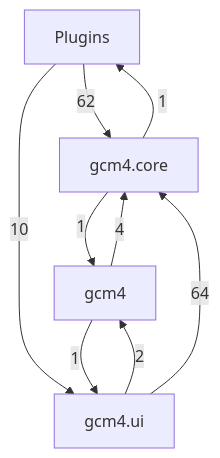
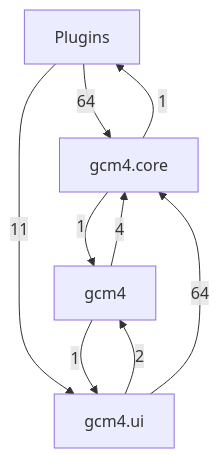
Before and after one commit to Mathilde-Team/Gcm4: the first of 5 diagrams in docs/class-diagram.md, drawn with Mermaid. The commit also changed other lines of this file and 69 other files, not shown here.

````diff
--- a/docs/class-diagram.md
+++ b/docs/class-diagram.md
@@ -21,15 +21,15 @@
 ```mermaid
 flowchart TD
     g0["Plugins"]
     g1["gcm4"]
     g2["gcm4.core"]
     g3["gcm4.ui"]
-    g0 -->|62| g2
-    g0 -->|10| g3
+    g0 -->|64| g2
+    g0 -->|11| g3
     g1 -->|4| g2
     g1 -->|1| g3
     g2 -->|1| g0
     g2 -->|1| g1
     g3 -->|2| g1
     g3 -->|64| g2
 ```
````
